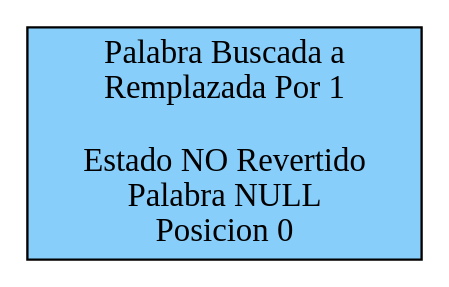
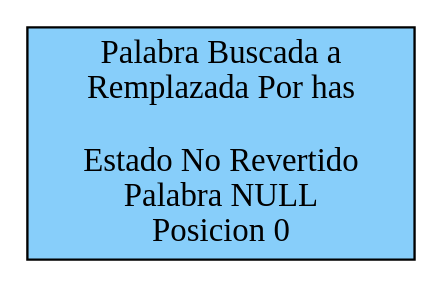
One commit to ChrisUSAC/EDD_1S2020_P1_201709272 changed the diagram in uedit/PilaNoRevertidos.dot. Above: the diagram before and after it, drawn with Graphviz. The commit also changed 16 other files, not shown here.

```diff
--- a/uedit/PilaNoRevertidos.dot
+++ b/uedit/PilaNoRevertidos.dot
@@ -1,11 +1,11 @@
 digraph p{ 
 rankdir=LR 
 node[ shape = box] 
 0[label = "Palabra Buscada a
-Remplazada Por 1
+Remplazada Por has
 
-Estado NO Revertido
+Estado No Revertido
 Palabra NULL
 Posicion 0
 " width=2.0, fillcolor = lightskyblue, style = filled ]; 
 }
```
